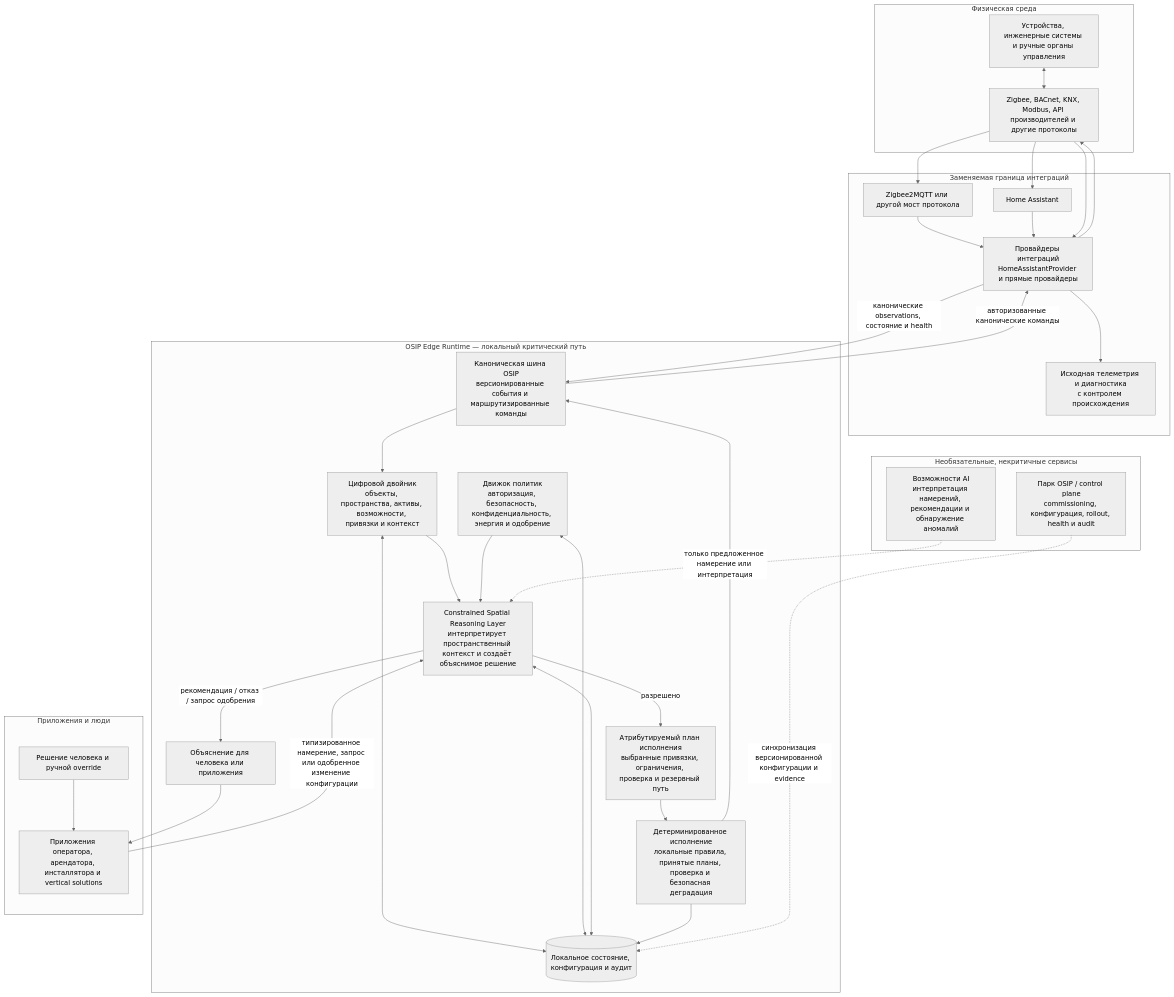
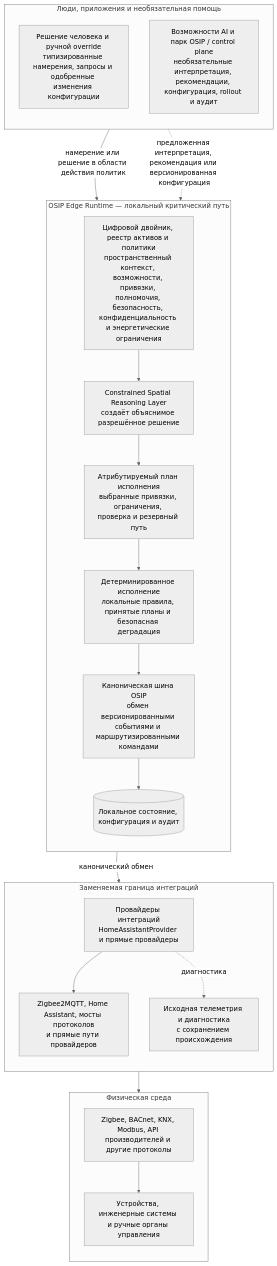
One commit to 3hllc/osip-docs changed the diagram in docs/ru/architecture/end-to-end-operating-model.md. Above: the diagram before and after it, drawn with Mermaid (neutral theme). The commit also changed 1 other file, not shown here.

Commit message:
Refine vertical end-to-end operating model

````diff
--- a/docs/ru/architecture/end-to-end-operating-model.md
+++ b/docs/ru/architecture/end-to-end-operating-model.md
@@ -13,60 +13,42 @@
 ```mermaid
 flowchart TB
-  subgraph PHYSICAL[Физическая среда]
-    DEV[Устройства, инженерные системы и ручные органы управления]
-    PROTO[Zigbee, BACnet, KNX, Modbus, API производителей и другие протоколы]
-    DEV <--> PROTO
+  subgraph INPUTS[Люди, приложения и необязательная помощь]
+    direction TB
+    REQUEST[Решение человека и ручной override\nтипизированные намерения, запросы и одобренные изменения конфигурации]
+    ENHANCEMENT[Возможности AI и парк OSIP / control plane\nнеобязательные интерпретация, рекомендации, конфигурация, rollout и аудит]
+  end
+
+  subgraph EDGE[OSIP Edge Runtime — локальный критический путь]
+    direction TB
+    CONTEXT[Цифровой двойник, реестр активов и политики\nпространственный контекст, возможности, привязки, полномочия, безопасность, конфиденциальность и энергетические ограничения]
+    CSRL[Constrained Spatial Reasoning Layer\nсоздаёт объяснимое разрешённое решение]
+    PLAN[Атрибутируемый план исполнения\nвыбранные привязки, ограничения, проверка и резервный путь]
+    EXEC[Детерминированное исполнение\nлокальные правила, принятые планы и безопасная деградация]
+    BUS[Каноническая шина OSIP\nобмен версионированными событиями и маршрутизированными командами]
+    STATE[(Локальное состояние, конфигурация и аудит)]
+
+    CONTEXT --> CSRL --> PLAN --> EXEC --> BUS --> STATE
   end
 
   subgraph INTEGRATION[Заменяемая граница интеграций]
-    Z2M[Zigbee2MQTT или другой мост протокола]
-    HA[Home Assistant]
+    direction TB
     PROVIDERS[Провайдеры интеграций\nHomeAssistantProvider и прямые провайдеры]
-    RAW[Исходная телеметрия и диагностика\nс контролем происхождения]
-    Z2M --> PROVIDERS
-    HA --> PROVIDERS
-    PROVIDERS --> RAW
+    PATHS[Zigbee2MQTT, Home Assistant, мосты протоколов\nи прямые пути провайдеров]
+    RAW[Исходная телеметрия и диагностика\nс сохранением происхождения]
+    PROVIDERS --> PATHS
+    PROVIDERS -. диагностика .-> RAW
   end
 
-  subgraph EDGE[OSIP Edge Runtime — локальный критический путь]
-    BUS[Каноническая шина OSIP\nверсионированные события и маршрутизированные команды]
-    TWIN[Цифровой двойник\nобъекты, пространства, активы, возможности, привязки и контекст]
-    POLICY[Движок политик\nавторизация, безопасность, конфиденциальность, энергия и одобрение]
-    CSRL[Constrained Spatial Reasoning Layer\nинтерпретирует пространственный контекст и создаёт объяснимое решение]
-    PLAN[Атрибутируемый план исполнения\nвыбранные привязки, ограничения, проверка и резервный путь]
-    EXEC[Детерминированное исполнение\nлокальные правила, принятые планы, проверка и безопасная деградация]
-    STATE[(Локальное состояние, конфигурация и аудит)]
-
-    BUS --> TWIN
-    TWIN --> CSRL
-    POLICY --> CSRL
-    CSRL -->|рекомендация / отказ / запрос одобрения| EXPLAIN[Объяснение для человека или приложения]
-    CSRL -->|разрешено| PLAN --> EXEC --> BUS
-    TWIN <--> STATE
-    POLICY <--> STATE
-    CSRL <--> STATE
-    EXEC --> STATE
+  subgraph PHYSICAL[Физическая среда]
+    direction TB
+    PROTO[Zigbee, BACnet, KNX, Modbus, API производителей и другие протоколы]
+    DEV[Устройства, инженерные системы и ручные органы управления]
+    PROTO --> DEV
   end
 
-  subgraph EXPERIENCE[Приложения и люди]
-    APP[Приложения оператора, арендатора, инсталлятора и vertical solutions]
-    HUMAN[Решение человека и ручной override]
-    APP -->|типизированное намерение, запрос или одобренное изменение конфигурации| CSRL
-    EXPLAIN --> APP
-    HUMAN --> APP
-  end
-
-  subgraph OPTIONAL[Необязательные, некритичные сервисы]
-    CONTROL[Парк OSIP / control plane\ncommissioning, конфигурация, rollout, health и audit]
-    AI[Возможности AI\nинтерпретация намерений, рекомендации и обнаружение аномалий]
-    CONTROL -. синхронизация версионированной конфигурации и evidence .-> STATE
-    AI -. только предложенное намерение или интерпретация .-> CSRL
-  end
-
-  PROTO --> Z2M
-  PROTO --> HA
-  PROTO --> PROVIDERS
-  PROVIDERS -->|канонические observations, состояние и health| BUS
-  BUS -->|авторизованные канонические команды| PROVIDERS
-  PROVIDERS --> PROTO
+  REQUEST -->|намерение или решение в области действия политик| CONTEXT
+  ENHANCEMENT -. предложенная интерпретация, рекомендация или версионированная конфигурация .-> CONTEXT
+  BUS -->|канонический обмен| PROVIDERS
+  STATE ~~~ PROVIDERS
+  PATHS --> PROTO
 ```
````
